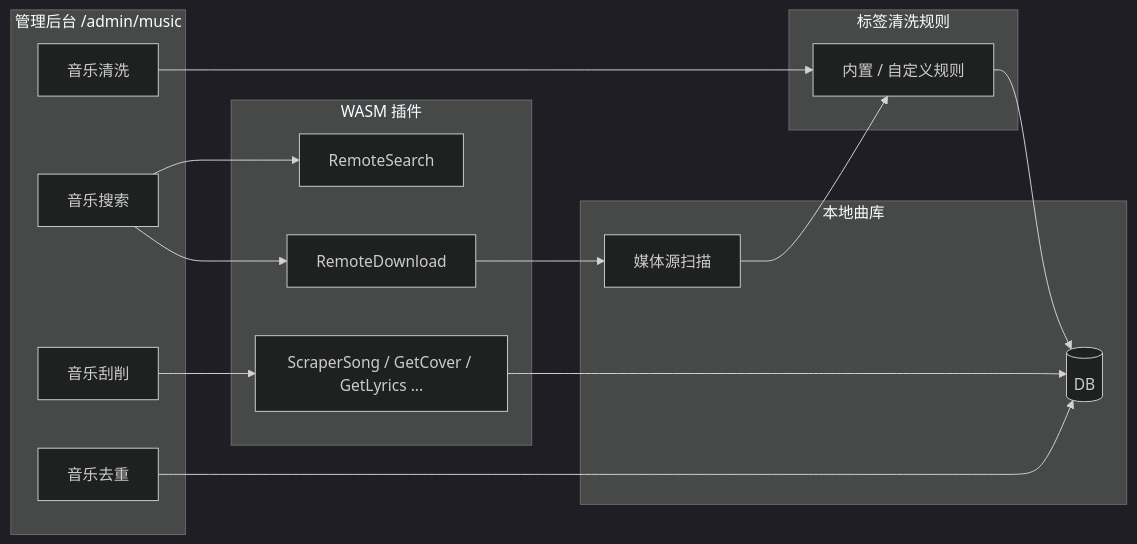
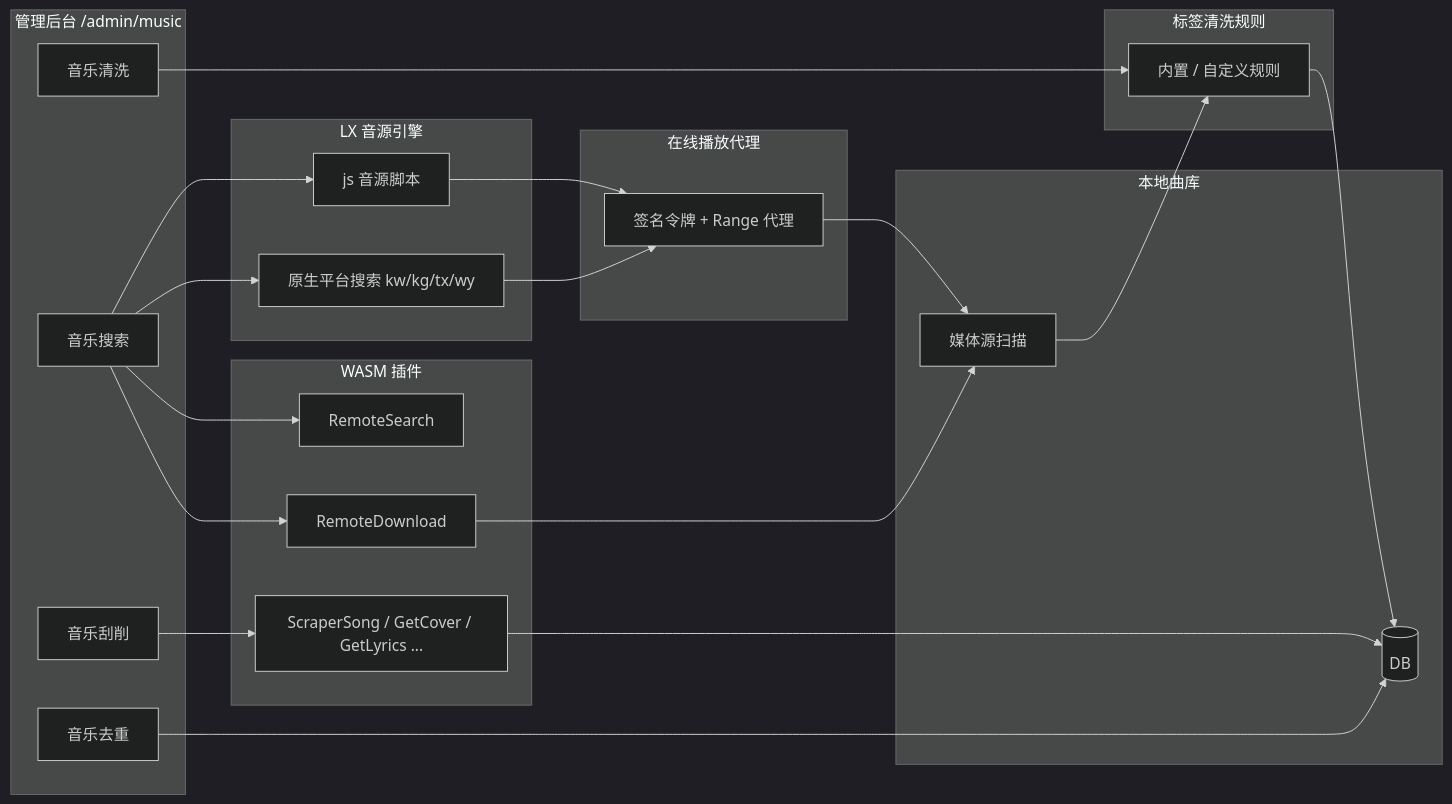
The first of 2 diagrams in docs/music.md (AnsGoo/music-free-site), drawn with Mermaid (dark theme) before and after one commit. The commit also changed other lines of this file and 10 other files, not shown here.

````diff
--- a/docs/music.md
+++ b/docs/music.md
@@ -29,30 +30,42 @@
 ```mermaid
 flowchart LR
   subgraph admin [管理后台 /admin/music]
     S[音乐搜索]
     D[音乐去重]
     CL[音乐清洗]
     C[音乐刮削]
   end
-  subgraph plugins [WASM 插件]
+  subgraph wasm [WASM 插件]
     RS[RemoteSearch]
     RD[RemoteDownload]
     SS[ScraperSong / GetCover / GetLyrics ...]
+  end
+  subgraph lx [LX 音源引擎]
+    LXS[js 音源脚本]
+    ROM[原生平台搜索 kw/kg/tx/wy]
+  end
+  subgraph play [在线播放代理]
+    RP[签名令牌 + Range 代理]
   end
   subgraph rules [标签清洗规则]
     R[内置 / 自定义规则]
   end
   subgraph library [本地曲库]
     MS[媒体源扫描]
     DB[(DB)]
   end
   S --> RS
   S --> RD
+  S --> LXS
+  S --> ROM
+  LXS --> RP
+  ROM --> RP
+  RP --> MS
   RD --> MS
   MS --> R
   CL --> R
   R --> DB
   C --> SS
   SS --> DB
   D --> DB
 ```
````
